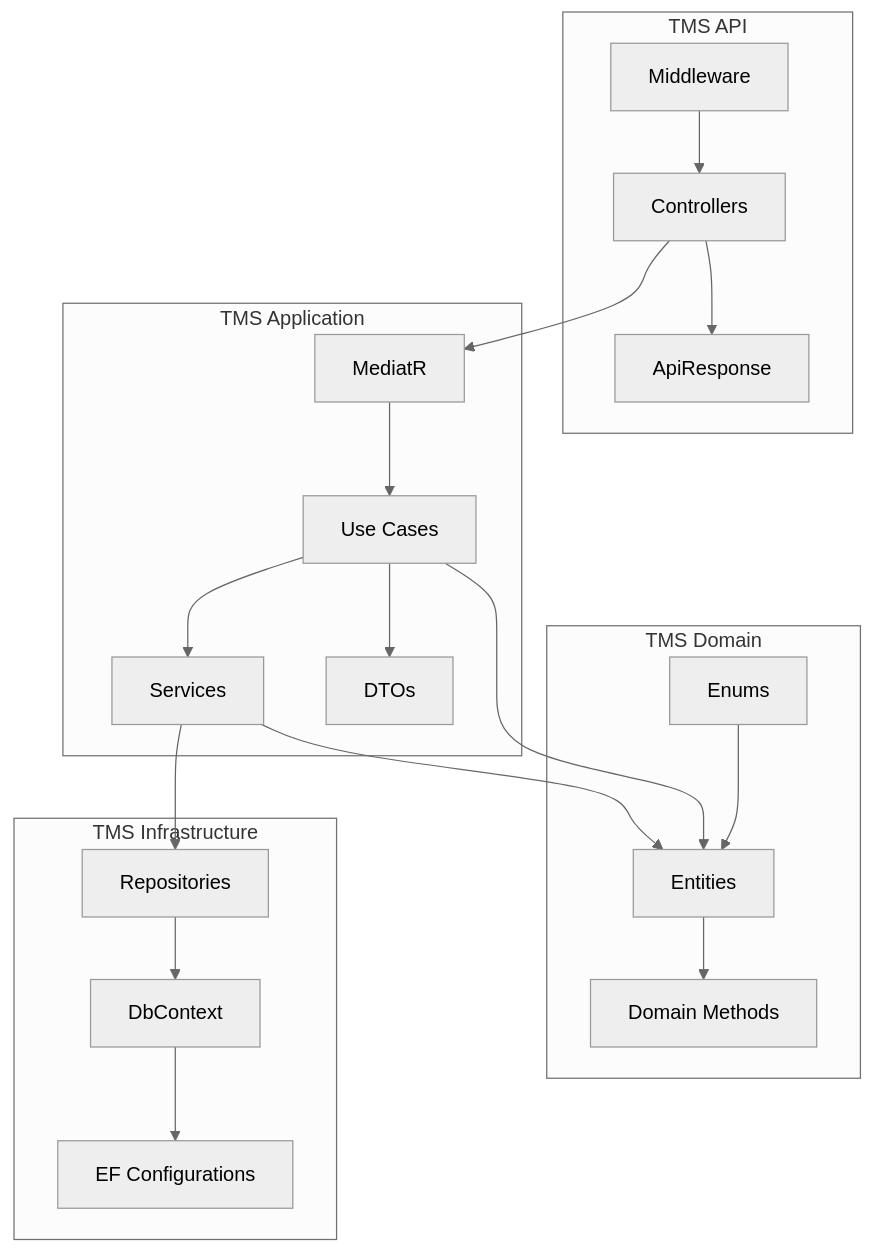
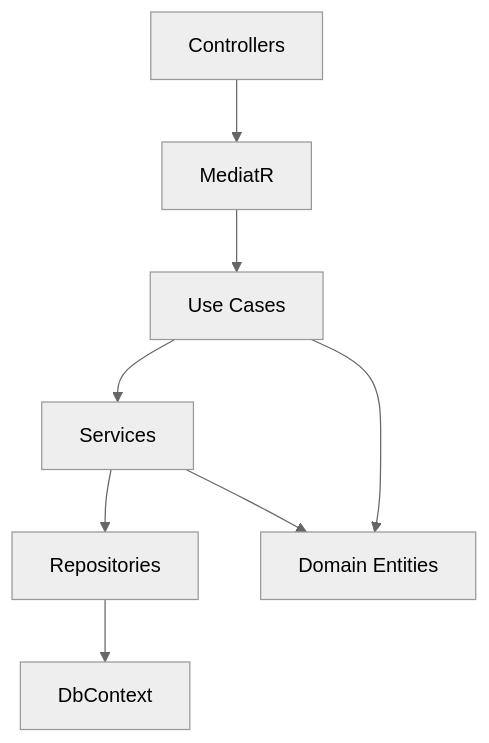
One commit to ahmed-aliii/ElectroPi-Assessment-Task changed the first of 6 diagrams in README.md. Above: the diagram before and after it, drawn with Mermaid (neutral theme). The commit also changed other lines of this file, not shown here.

````diff
--- a/README.md
+++ b/README.md
@@ -74,37 +65,10 @@
 ```mermaid
-flowchart TB
-    subgraph apiLayer ["TMS API"]
-        controllers[Controllers]
-        middleware[Middleware]
-        apiResponse[ApiResponse]
-        middleware --> controllers
-        controllers --> apiResponse
-    end
-    subgraph appLayer ["TMS Application"]
-        mediatr[MediatR]
-        useCases[Use Cases]
-        services[Services]
-        dtos[DTOs]
-        mediatr --> useCases
-        useCases --> services
-        useCases --> dtos
-    end
-    subgraph domainLayer ["TMS Domain"]
-        entities[Entities]
-        enums[Enums]
-        domainMethods[Domain Methods]
-        entities --> domainMethods
-        enums --> entities
-    end
-    subgraph infraLayer ["TMS Infrastructure"]
-        repositories[Repositories]
-        dbContext[DbContext]
-        efConfig[EF Configurations]
-        repositories --> dbContext
-        dbContext --> efConfig
-    end
-    controllers --> mediatr
-    services --> repositories
-    useCases --> entities
+graph TD
+    controllers[Controllers] --> mediatr[MediatR]
+    mediatr --> useCases[Use Cases]
+    useCases --> services[Services]
+    services --> repositories[Repositories]
+    repositories --> dbContext[DbContext]
+    useCases --> entities[Domain Entities]
     services --> entities
 ```
````
